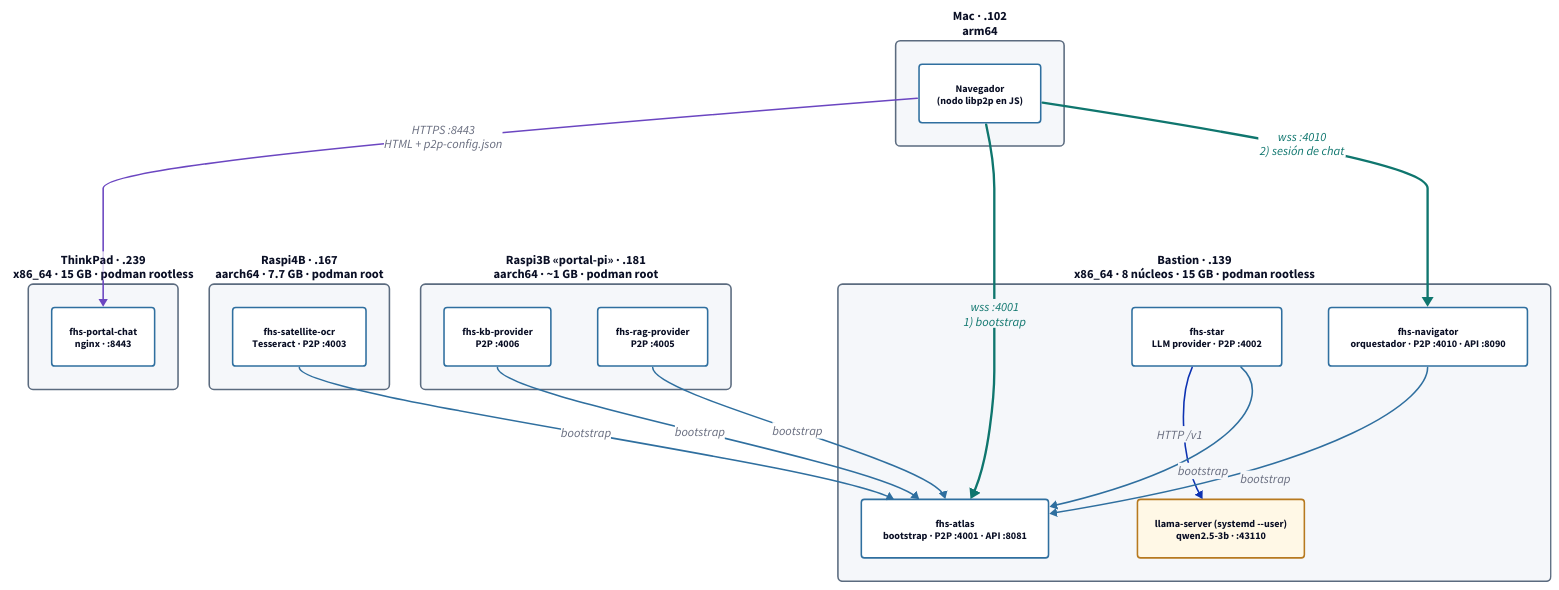
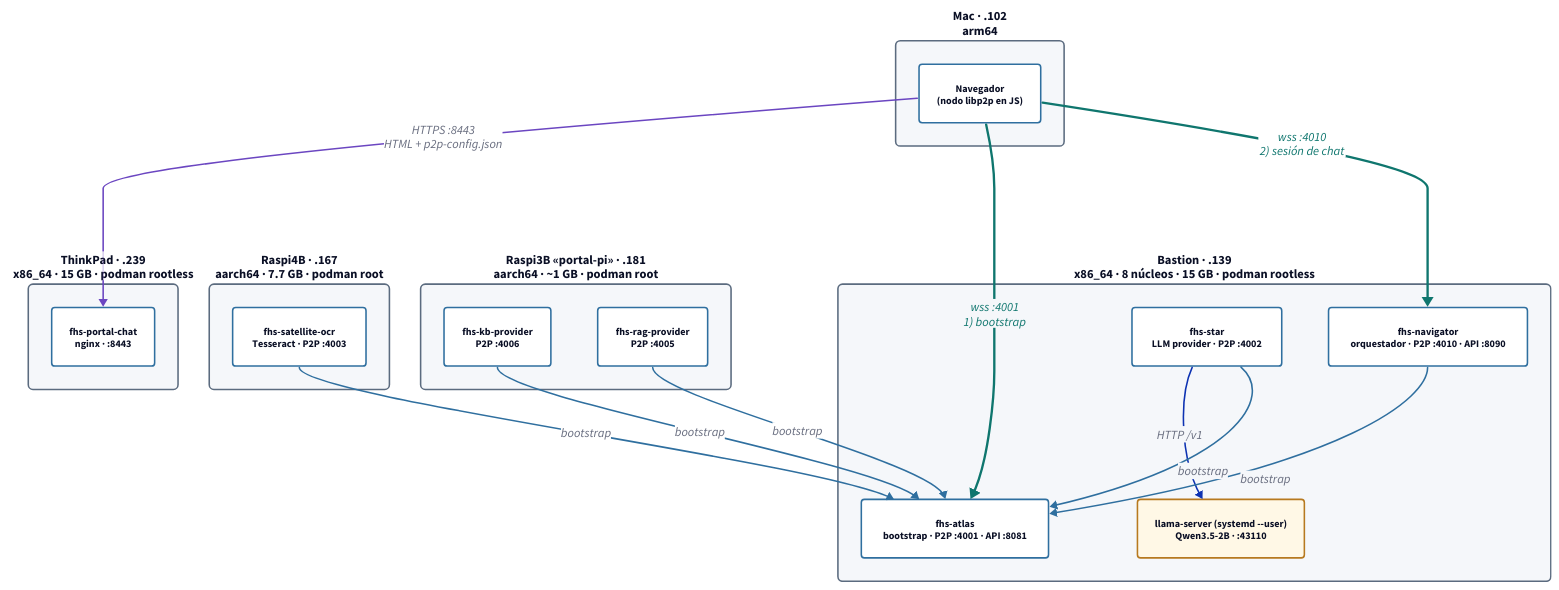
Before and after one commit to rafex/galaxIA-gitops: the diagram in docs/diagramas/topologia.d2, drawn with D2. The commit also changed 8 other files, not shown here.

```diff
--- a/docs/diagramas/topologia.d2
+++ b/docs/diagramas/topologia.d2
@@ -1,97 +1,97 @@
 # Topología de la PoC — qué corre dónde y quién habla con quién
 # Red soberana 192.168.1.0/24 (router OpenWrt 192.168.1.1). El acceso SSH
 # de operación está aparte: acceso-operacion.d2
 # Regenerar: scripts/render-diagramas.sh
 
 direction: down
 
 classes: {
   host: {
     style: {
       fill: "#F5F7FA"
       stroke: "#5B6B7F"
       border-radius: 6
       font-size: 16
       bold: true
     }
   }
   svc: {
     style: {
       fill: "#FFFFFF"
       stroke: "#2F6F9F"
       border-radius: 4
       font-size: 13
     }
   }
   llm: {
     style: {
       fill: "#FFF8E6"
       stroke: "#B7791F"
       border-radius: 4
       font-size: 13
     }
   }
   p2p: {
     style: {
       stroke: "#2F6F9F"
       stroke-width: 2
     }
   }
   browser: {
     style: {
       stroke: "#0F766E"
       stroke-width: 3
       font-color: "#0F766E"
     }
   }
   web: {
     style: {
       stroke: "#6B46C1"
       stroke-width: 2
     }
   }
 }
 
 mac: "Mac · .102\narm64" {
   class: host
   navegador: "Navegador\n(nodo libp2p en JS)" {class: svc}
 }
 
 thinkpad: "ThinkPad · .239\nx86_64 · 15 GB · podman rootless" {
   class: host
   portal: "fhs-portal-chat\nnginx · :8443" {class: svc}
 }
 
 bastion: "Bastion · .139\nx86_64 · 8 núcleos · 15 GB · podman rootless" {
   class: host
   atlas: "fhs-atlas\nbootstrap · P2P :4001 · API :8081" {class: svc}
   navigator: "fhs-navigator\norquestador · P2P :4010 · API :8090" {class: svc}
   star: "fhs-star\nLLM provider · P2P :4002" {class: svc}
-  llama: "llama-server (systemd --user)\nqwen2.5-3b · :43110" {class: llm}
+  llama: "llama-server (systemd --user)\nQwen3.5-2B · :43110" {class: llm}
   star -> llama: "HTTP /v1"
 }
 
 raspi4b: "Raspi4B · .167\naarch64 · 7.7 GB · podman root" {
   class: host
   ocr: "fhs-satellite-ocr\nTesseract · P2P :4003" {class: svc}
 }
 
 raspi3b: "Raspi3B «portal-pi» · .181\naarch64 · ~1 GB · podman root" {
   class: host
   kb: "fhs-kb-provider\nP2P :4006" {class: svc}
   rag: "fhs-rag-provider\nP2P :4005" {class: svc}
 }
 
 # Web: el navegador baja el portal y su p2p-config.json
 mac.navegador -> thinkpad.portal: "HTTPS :8443\nHTML + p2p-config.json" {class: web}
 
 # P2P: el navegador entra al swarm por Atlas y dialea directo a Navigator
 mac.navegador -> bastion.atlas: "wss :4001\n1) bootstrap" {class: browser}
 mac.navegador -> bastion.navigator: "wss :4010\n2) sesión de chat" {class: browser}
 
 # Cada provider y Navigator se enganchan a Atlas (dialBootstraps con reintento)
 bastion.navigator -> bastion.atlas: "bootstrap" {class: p2p}
 bastion.star -> bastion.atlas: "bootstrap" {class: p2p}
 raspi4b.ocr -> bastion.atlas: "bootstrap" {class: p2p}
 raspi3b.kb -> bastion.atlas: "bootstrap" {class: p2p}
 raspi3b.rag -> bastion.atlas: "bootstrap" {class: p2p}
```
